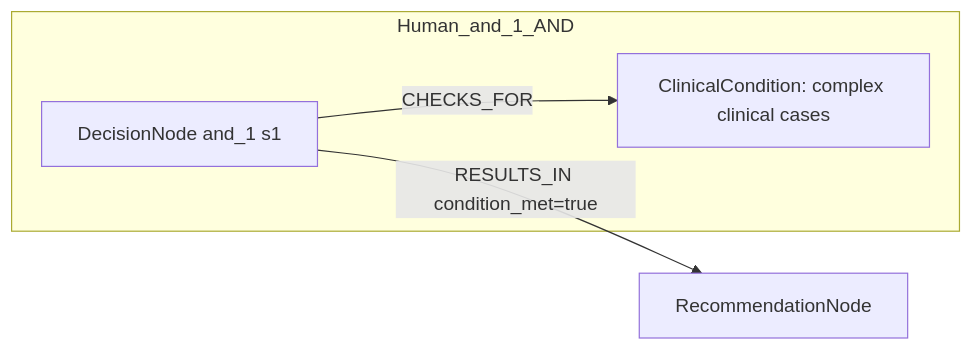
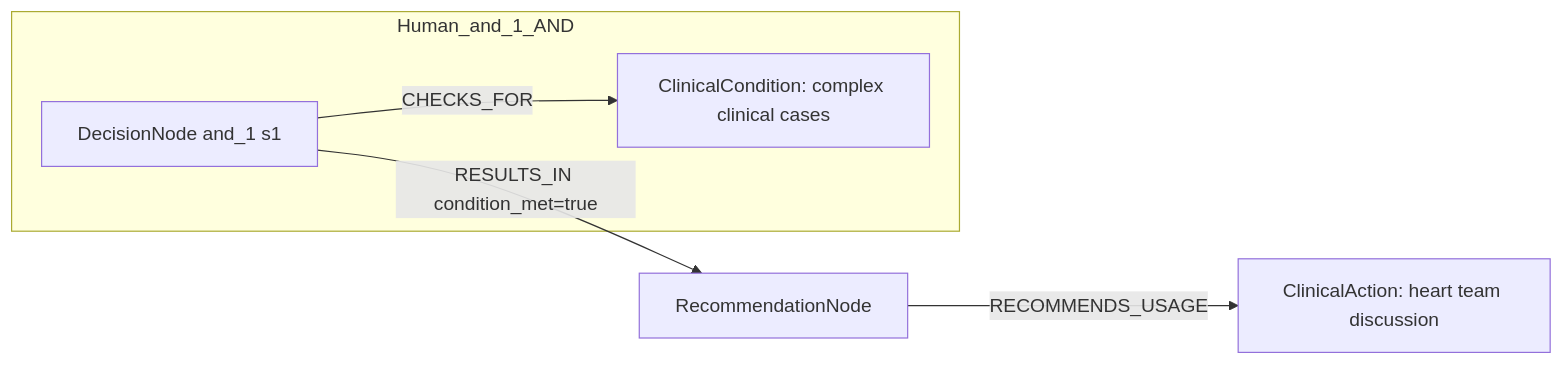
The first of 2 diagrams in docs/table22_rows_comparison/row_02.md (dieterich-lab/CardioGuidelinesGraph), drawn with Mermaid before and after one commit. The commit also changed other lines of this file and 21 other files, not shown here.

Commit message:
Fix rowwise Mermaid side handling for human annotations

````diff
--- a/docs/table22_rows_comparison/row_02.md
+++ b/docs/table22_rows_comparison/row_02.md
@@ -109,10 +74,12 @@
 ```mermaid
 graph LR
   REC[RecommendationNode]
+  ACT1[ClinicalAction: heart team discussion]
+  REC -->|RECOMMENDS_USAGE| ACT1
   subgraph Human_and_1_AND
     D_and_1_1[DecisionNode and_1 s1]
     C_and_1_1[ClinicalCondition: complex clinical cases]
     D_and_1_1 -->|CHECKS_FOR| C_and_1_1
   end
   D_and_1_1 -->|RESULTS_IN condition_met=true| REC
 ```
````
